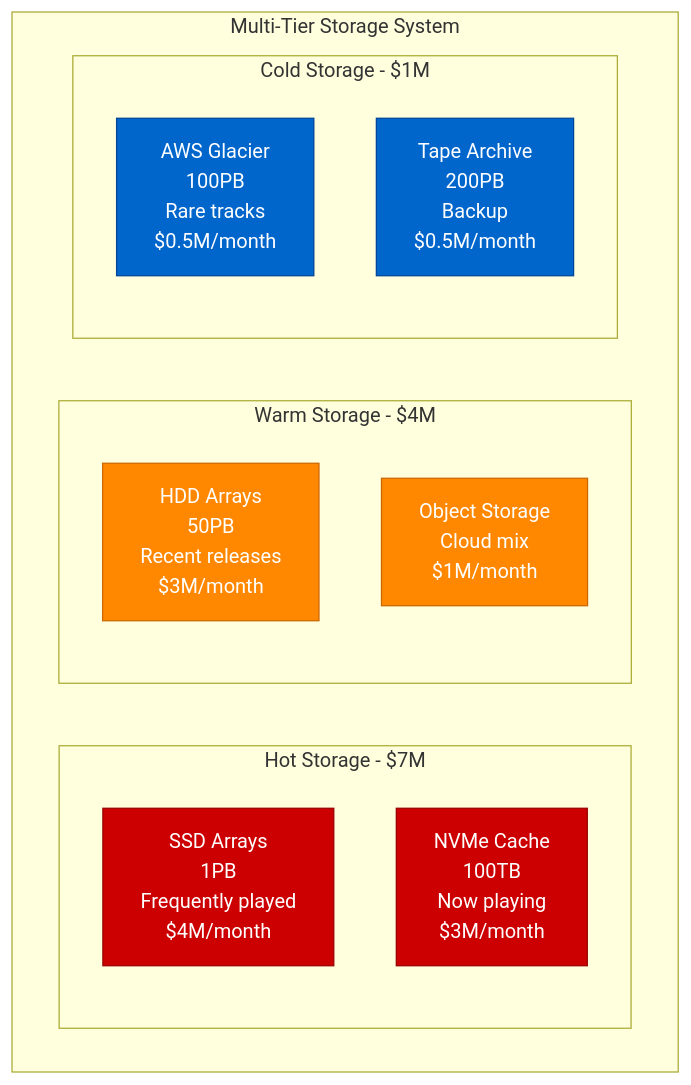
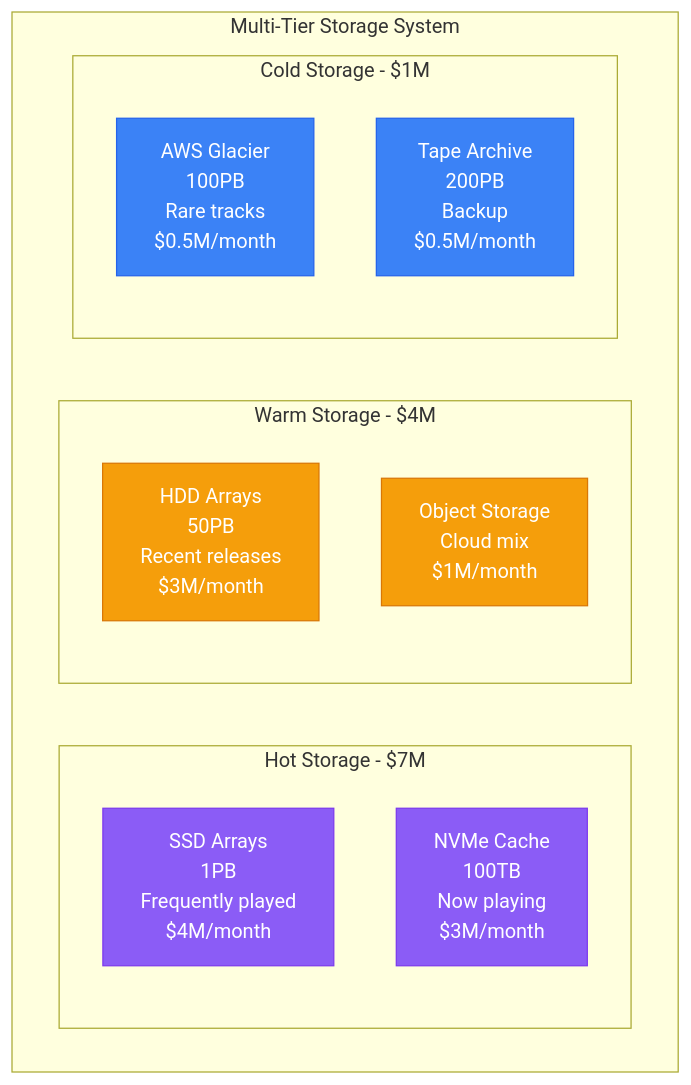
One commit to deepaucksharma/DS changed the third of 9 diagrams in site/docs/costs/spotify-infrastructure-breakdown.md. Above: the diagram before and after it, drawn with Mermaid. The commit also changed other lines of this file and 303 other files, not shown here.

````diff
--- a/site/docs/costs/spotify-infrastructure-breakdown.md
+++ b/site/docs/costs/spotify-infrastructure-breakdown.md
@@ -87,28 +87,28 @@
 ```mermaid
 graph TB
     subgraph StorageTiers[Multi-Tier Storage System]
         subgraph HotStorage[Hot Storage - $7M]
             SSD[SSD Arrays<br/>1PB<br/>Frequently played<br/>$4M/month]
             NVME[NVMe Cache<br/>100TB<br/>Now playing<br/>$3M/month]
         end
 
         subgraph WarmStorage[Warm Storage - $4M]
             HDD[HDD Arrays<br/>50PB<br/>Recent releases<br/>$3M/month]
             OBJECT[Object Storage<br/>Cloud mix<br/>$1M/month]
         end
 
         subgraph ColdStorage[Cold Storage - $1M]
             GLACIER[AWS Glacier<br/>100PB<br/>Rare tracks<br/>$0.5M/month]
             TAPE[Tape Archive<br/>200PB<br/>Backup<br/>$0.5M/month]
         end
     end
 
     %% Apply colors
-    classDef hotStyle fill:#CC0000,stroke:#990000,color:#fff
-    classDef warmStyle fill:#FF8800,stroke:#CC6600,color:#fff
-    classDef coldStyle fill:#0066CC,stroke:#004499,color:#fff
+    classDef hotStyle fill:#8B5CF6,stroke:#7C3AED,color:#fff
+    classDef warmStyle fill:#F59E0B,stroke:#D97706,color:#fff
+    classDef coldStyle fill:#3B82F6,stroke:#2563EB,color:#fff
 
     class SSD,NVME hotStyle
     class HDD,OBJECT warmStyle
     class GLACIER,TAPE coldStyle
 ```
````
